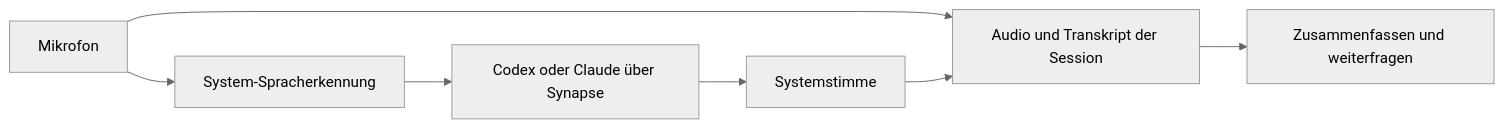
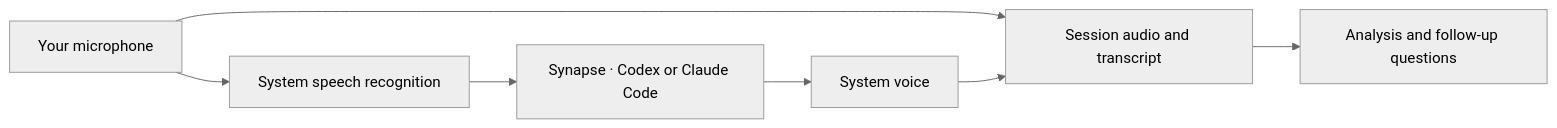
One commit to pixel-brewery/resonanz changed the diagram in README.md. Above: the diagram before and after it, drawn with Mermaid (neutral theme). The commit also changed other lines of this file and 453 other files, not shown here.

````diff
--- a/README.md
+++ b/README.md
@@ -68,9 +70,9 @@
 ```mermaid
 flowchart LR
-    Mikrofon --> Erkennung["System-Spracherkennung"]
-    Erkennung --> Assistent["Codex oder Claude über Synapse"]
-    Assistent --> Stimme["Systemstimme"]
-    Mikrofon --> Session["Audio und Transkript der Session"]
-    Stimme --> Session
-    Session --> Fragen["Zusammenfassen und weiterfragen"]
+    Microphone["Your microphone"] --> Recognition["System speech recognition"]
+    Recognition --> Assistant["Synapse · Codex or Claude Code"]
+    Assistant --> Voice["System voice"]
+    Microphone --> Session["Session audio and transcript"]
+    Voice --> Session
+    Session --> Questions["Analysis and follow-up questions"]
 ```
````
